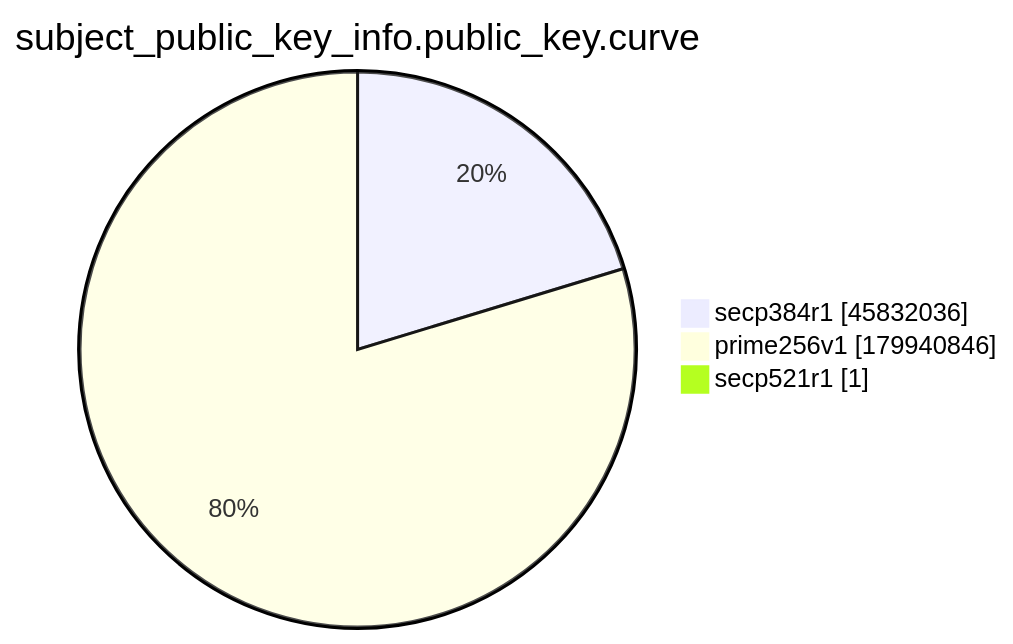
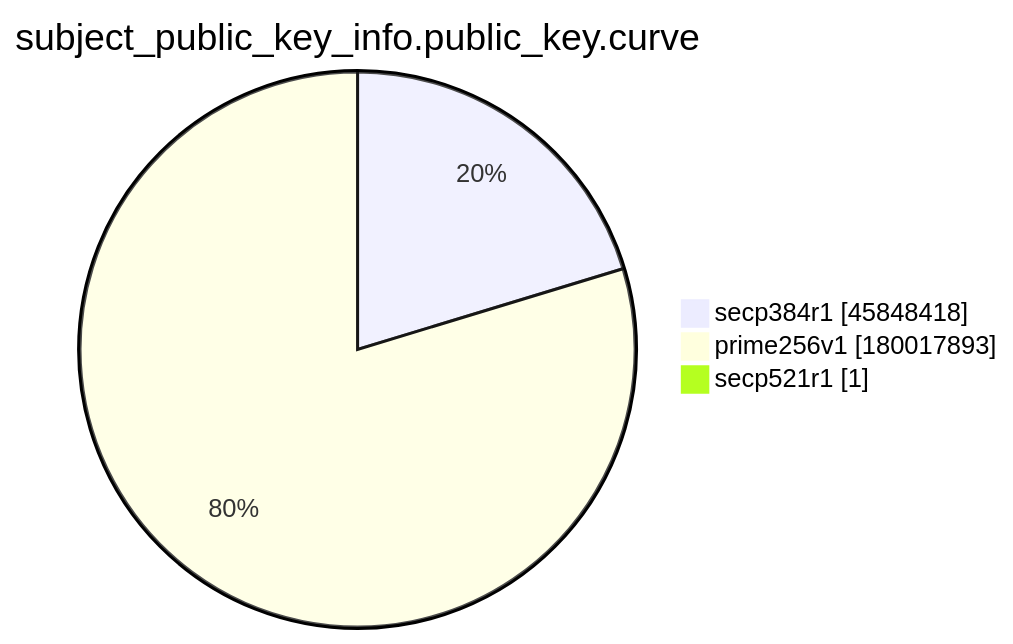
One commit to christiankrug/ctmonitor_visualization changed the ninth of 15 diagrams in xenon2022/README.md. Above: the diagram before and after it, drawn with Mermaid. The commit also changed other lines of this file, not shown here.

````diff
--- a/xenon2022/README.md
+++ b/xenon2022/README.md
@@ -2873,7 +2873,7 @@
 ```mermaid
 pie showData
 title subject_public_key_info.public_key.curve
-"secp384r1" :45832036
-"prime256v1" :179940846
+"secp384r1" :45848418
+"prime256v1" :180017893
 "secp521r1" :1
 ```
````
